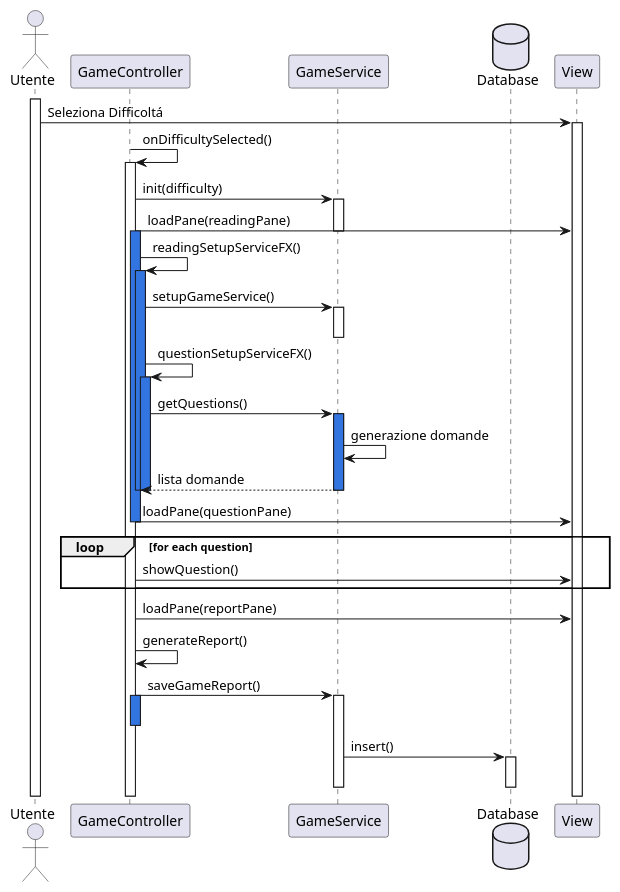
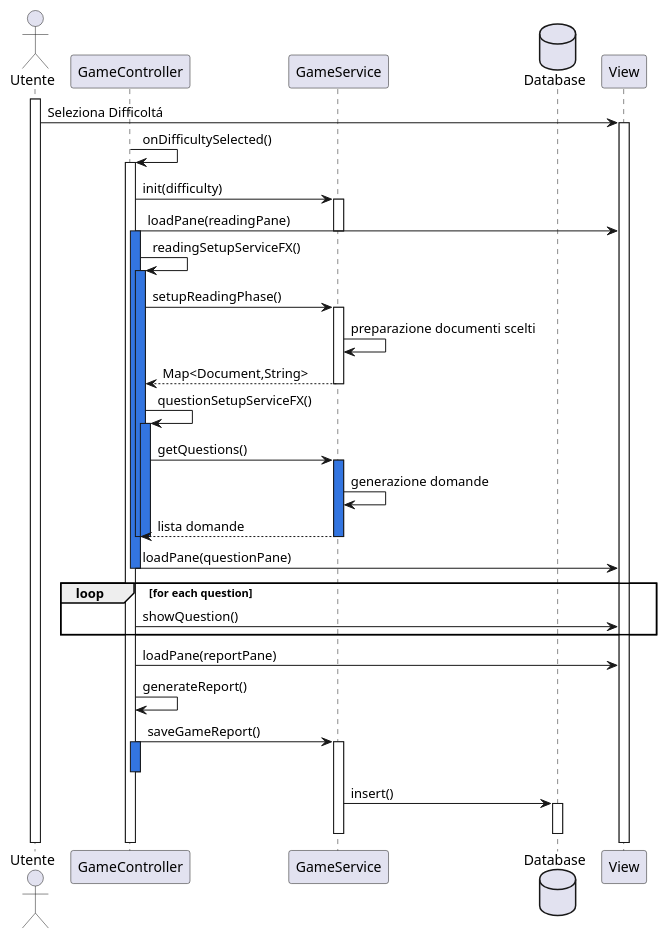
Before and after one commit to Bg735/Wordageddon-Gruppo_16: the diagram in docs/UML/DiagrammiSequenza/game.puml, drawn with PlantUML. The commit also changed 7 other files, not shown here.

Commit message:
aggiornamenti diagrammi

```diff
--- a/docs/UML/DiagrammiSequenza/game.puml
+++ b/docs/UML/DiagrammiSequenza/game.puml
@@ -1,50 +1,52 @@
 @startuml
 actor Utente
 participant GameController
 participant GameService
 database Database as DB
 participant View
 activate Utente
 
 Utente -> View : Seleziona Difficoltá
 activate View
 GameController -> GameController : onDifficultySelected()
 activate GameController
 GameController -> GameService : init(difficulty)
 activate GameService
 GameController -> View : loadPane(readingPane)
 deactivate GameService
 activate GameController #3375E0
 GameController -> GameController : readingSetupServiceFX()
 activate GameController #3375E0
-GameController -> GameService : setupGameService()
+GameController -> GameService : setupReadingPhase()
 activate GameService
+GameService -> GameService : preparazione documenti scelti
+GameService --> GameController : Map<Document,String>
 deactivate GameService
 GameController -> GameController : questionSetupServiceFX()
 activate GameController #3375E0
 GameController -> GameService : getQuestions()
 activate GameService #3375E0
 GameService -> GameService : generazione domande
 GameService --> GameController : lista domande
 deactivate GameController
 deactivate GameService
 deactivate GameController
 GameController -> View : loadPane(questionPane)
 deactivate GameController
 loop for each question
     GameController -> View : showQuestion()
 end
 
 activate GameController #3375E0
 GameController -> View : loadPane(reportPane)
 GameController -> GameController: generateReport()
 GameController -> GameService : saveGameReport()
 activate GameController #3375E0
 activate GameService
 deactivate GameController
 GameService -> DB : insert()
 activate DB
 deactivate GameService
 deactivate DB
 
 @enduml
```
